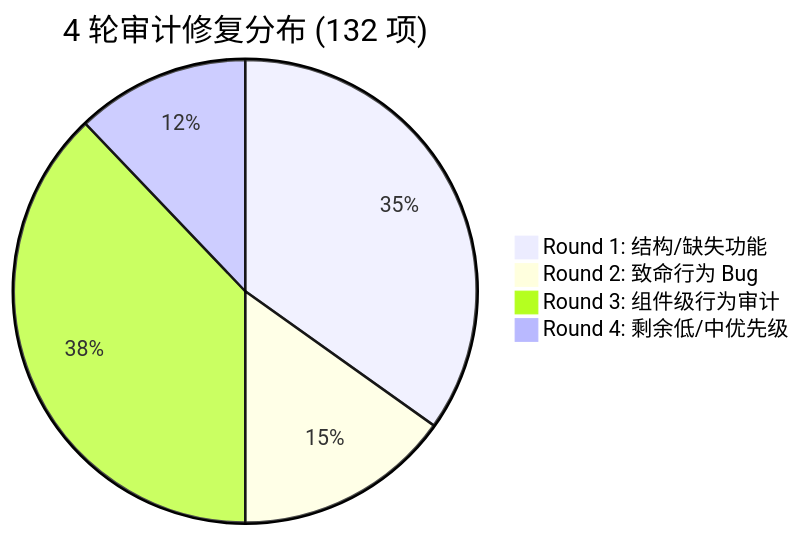
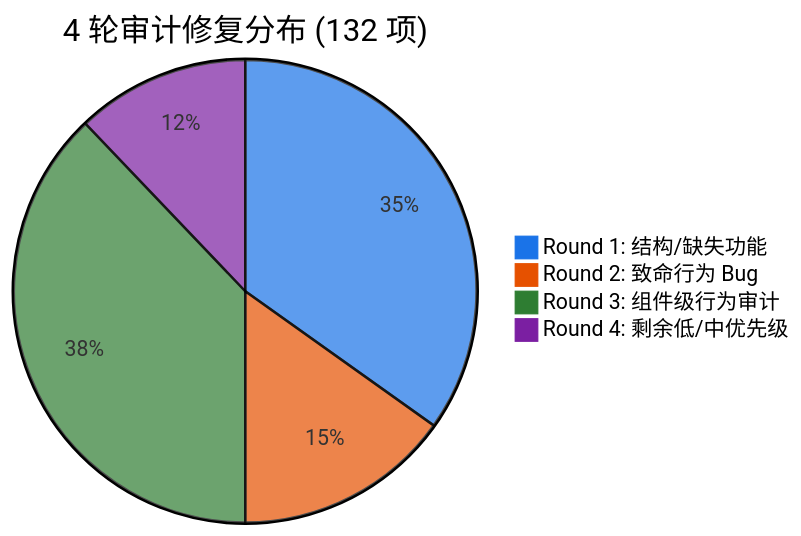
The tenth of 11 diagrams in src/ARCHITECTURE.md (jeffsia-blacksmith/altShiftClawCore), drawn with Mermaid before and after one commit. The commit also changed other lines of this file, not shown here.

First line of the commit message:
docs: add color coding to all remaining mermaid charts

````diff
--- a/src/ARCHITECTURE.md
+++ b/src/ARCHITECTURE.md
@@ -567,7 +613,8 @@
 ```mermaid
+%%{init: {'themeVariables': {'pie1': '#1a73e8', 'pie2': '#e65100', 'pie3': '#2e7d32', 'pie4': '#7b1fa2'}}}%%
 pie title 4 轮审计修复分布 (132 项)
     "Round 1: 结构/缺失功能" : 46
     "Round 2: 致命行为 Bug" : 20
     "Round 3: 组件级行为审计" : 50
     "Round 4: 剩余低/中优先级" : 16
 ```
````
